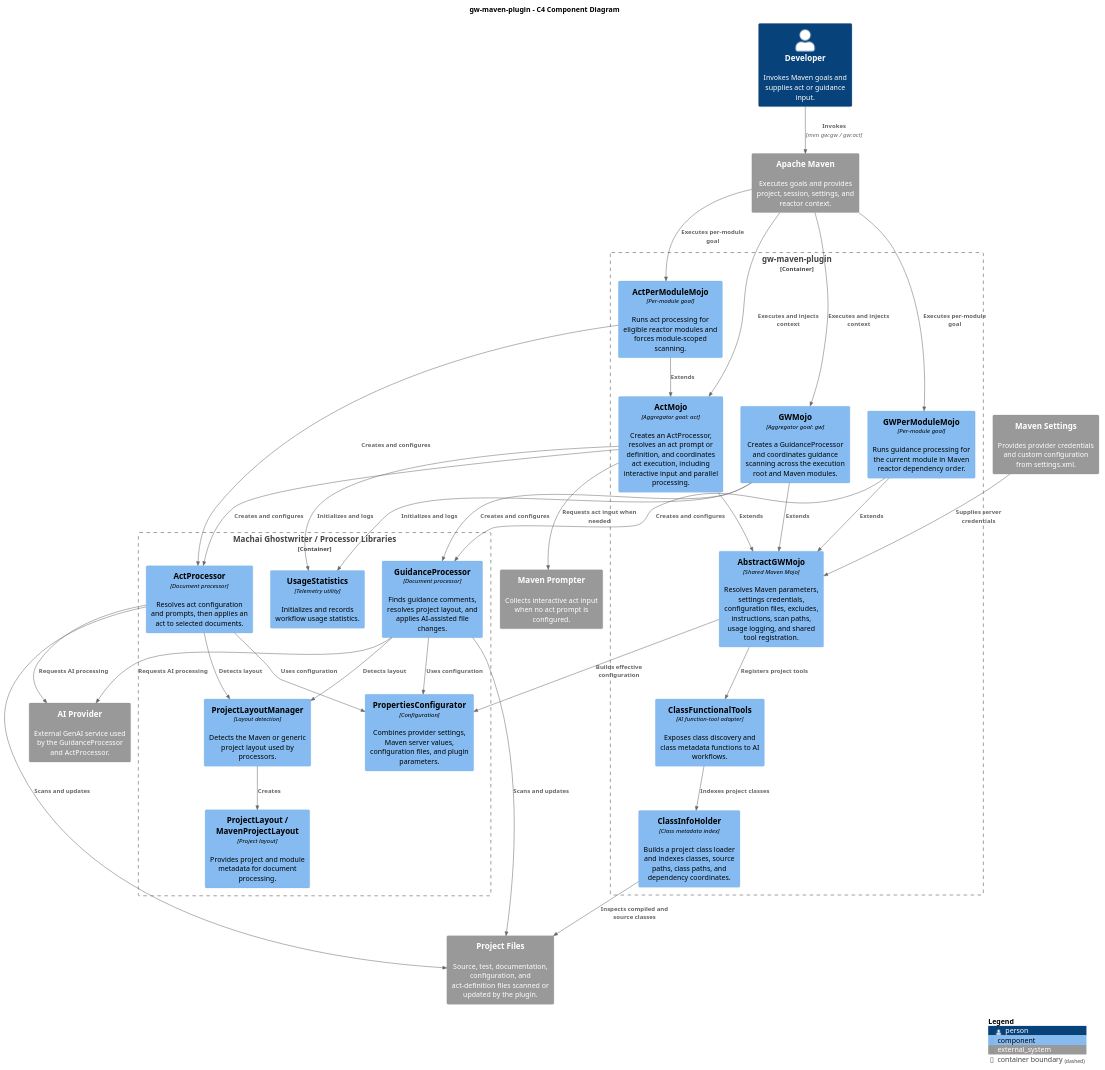
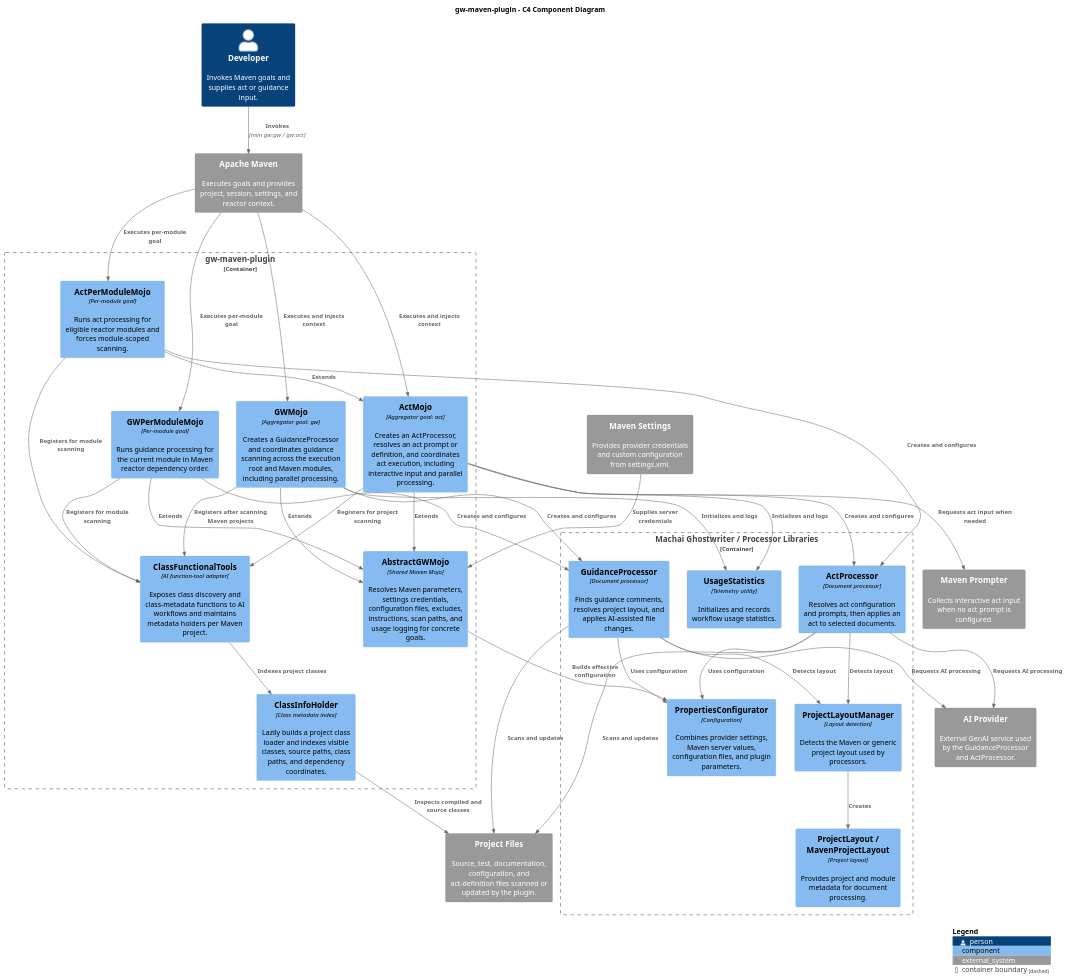
Before and after one commit to machanism-org/machai: the diagram in gw-maven-plugin/src/site/puml/project-structure/c4-diagram.puml, drawn with PlantUML. The commit also changed 44 other files, not shown here.

Commit message:
gw:gw -T 8 [INFO] Token usage summary for model 'gpt-5.6-terra-2026-07-09': Input = 7587902, Cached = 5181744, Output = 98470. [INFO] Total time:  13:08 min (Wall Clock) $5.8

```diff
--- a/gw-maven-plugin/src/site/puml/project-structure/c4-diagram.puml
+++ b/gw-maven-plugin/src/site/puml/project-structure/c4-diagram.puml
@@ -10,68 +10,71 @@
 @startuml gw-maven-plugin-components
 !include <C4/C4_Component>
 
 LAYOUT_WITH_LEGEND()
 
 title gw-maven-plugin - C4 Component Diagram
 
 Person(developer, "Developer", "Invokes Maven goals and supplies act or guidance input.")
 
 System_Ext(maven, "Apache Maven", "Executes goals and provides project, session, settings, and reactor context.")
 System_Ext(maven_settings, "Maven Settings", "Provides provider credentials and custom configuration from settings.xml.")
 System_Ext(prompter, "Maven Prompter", "Collects interactive act input when no act prompt is configured.")
 System_Ext(ai_provider, "AI Provider", "External GenAI service used by the GuidanceProcessor and ActProcessor.")
 System_Ext(project_files, "Project Files", "Source, test, documentation, configuration, and act-definition files scanned or updated by the plugin.")
 
 Container_Boundary(plugin, "gw-maven-plugin") {
-    Component(abstract_mojo, "AbstractGWMojo", "Shared Maven Mojo", "Resolves Maven parameters, settings credentials, configuration files, excludes, instructions, scan paths, usage logging, and shared tool registration.")
-    Component(gw_mojo, "GWMojo", "Aggregator goal: gw", "Creates a GuidanceProcessor and coordinates guidance scanning across the execution root and Maven modules.")
+    Component(abstract_mojo, "AbstractGWMojo", "Shared Maven Mojo", "Resolves Maven parameters, settings credentials, configuration files, excludes, instructions, scan paths, and usage logging for concrete goals.")
+    Component(gw_mojo, "GWMojo", "Aggregator goal: gw", "Creates a GuidanceProcessor and coordinates guidance scanning across the execution root and Maven modules, including parallel processing.")
     Component(act_mojo, "ActMojo", "Aggregator goal: act", "Creates an ActProcessor, resolves an act prompt or definition, and coordinates act execution, including interactive input and parallel processing.")
     Component(gw_per_module_mojo, "GWPerModuleMojo", "Per-module goal", "Runs guidance processing for the current module in Maven reactor dependency order.")
     Component(act_per_module_mojo, "ActPerModuleMojo", "Per-module goal", "Runs act processing for eligible reactor modules and forces module-scoped scanning.")
-    Component(class_tools, "ClassFunctionalTools", "AI function-tool adapter", "Exposes class discovery and class metadata functions to AI workflows.")
-    Component(class_info_holder, "ClassInfoHolder", "Class metadata index", "Builds a project class loader and indexes classes, source paths, class paths, and dependency coordinates.")
+    Component(class_tools, "ClassFunctionalTools", "AI function-tool adapter", "Exposes class discovery and class-metadata functions to AI workflows and maintains metadata holders per Maven project.")
+    Component(class_info_holder, "ClassInfoHolder", "Class metadata index", "Lazily builds a project class loader and indexes visible classes, source paths, class paths, and dependency coordinates.")
 }
 
 Container_Boundary(ghostwriter, "Machai Ghostwriter / Processor Libraries") {
     Component(guidance_processor, "GuidanceProcessor", "Document processor", "Finds guidance comments, resolves project layout, and applies AI-assisted file changes.")
     Component(act_processor, "ActProcessor", "Document processor", "Resolves act configuration and prompts, then applies an act to selected documents.")
     Component(project_layout_manager, "ProjectLayoutManager", "Layout detection", "Detects the Maven or generic project layout used by processors.")
     Component(project_layout, "ProjectLayout / MavenProjectLayout", "Project layout", "Provides project and module metadata for document processing.")
     Component(configurator, "PropertiesConfigurator", "Configuration", "Combines provider settings, Maven server values, configuration files, and plugin parameters.")
     Component(usage_stats, "UsageStatistics", "Telemetry utility", "Initializes and records workflow usage statistics.")
 }
 
 Rel(developer, maven, "Invokes", "mvn gw:gw / gw:act")
 Rel(maven, gw_mojo, "Executes and injects context")
 Rel(maven, act_mojo, "Executes and injects context")
 Rel(maven, gw_per_module_mojo, "Executes per-module goal")
 Rel(maven, act_per_module_mojo, "Executes per-module goal")
 Rel(maven_settings, abstract_mojo, "Supplies server credentials")
 Rel(act_mojo, prompter, "Requests act input when needed")
 Rel(abstract_mojo, configurator, "Builds effective configuration")
-Rel(abstract_mojo, class_tools, "Registers project tools")
 
 Rel(gw_mojo, abstract_mojo, "Extends")
 Rel(act_mojo, abstract_mojo, "Extends")
 Rel(gw_per_module_mojo, abstract_mojo, "Extends")
 Rel(act_per_module_mojo, act_mojo, "Extends")
 Rel(gw_mojo, guidance_processor, "Creates and configures")
 Rel(act_mojo, act_processor, "Creates and configures")
 Rel(gw_per_module_mojo, guidance_processor, "Creates and configures")
 Rel(act_per_module_mojo, act_processor, "Creates and configures")
+Rel(gw_mojo, class_tools, "Registers after scanning Maven projects")
+Rel(act_mojo, class_tools, "Registers for project scanning")
+Rel(gw_per_module_mojo, class_tools, "Registers for module scanning")
+Rel(act_per_module_mojo, class_tools, "Registers for module scanning")
 Rel(guidance_processor, project_layout_manager, "Detects layout")
 Rel(act_processor, project_layout_manager, "Detects layout")
 Rel(project_layout_manager, project_layout, "Creates")
 Rel(guidance_processor, configurator, "Uses configuration")
 Rel(act_processor, configurator, "Uses configuration")
 Rel(guidance_processor, project_files, "Scans and updates")
 Rel(act_processor, project_files, "Scans and updates")
 Rel(guidance_processor, ai_provider, "Requests AI processing")
 Rel(act_processor, ai_provider, "Requests AI processing")
 Rel(class_tools, class_info_holder, "Indexes project classes")
 Rel(class_info_holder, project_files, "Inspects compiled and source classes")
 Rel(gw_mojo, usage_stats, "Initializes and logs")
 Rel(act_mojo, usage_stats, "Initializes and logs")
 
 SHOW_LEGEND()
 @enduml
```
